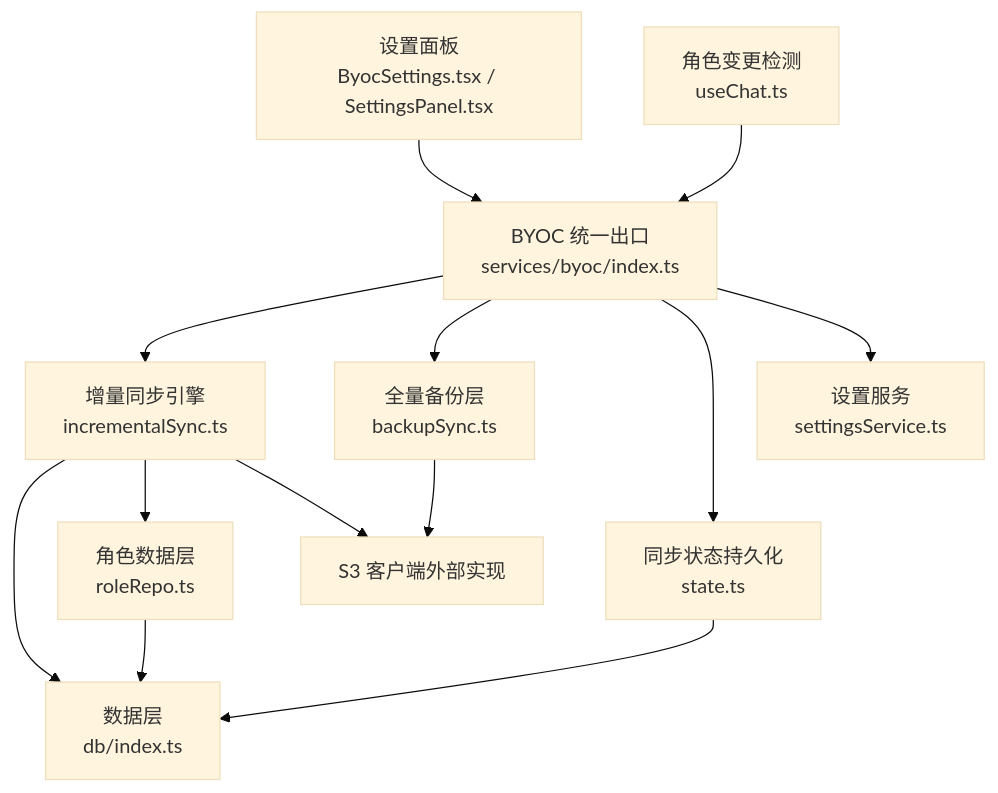
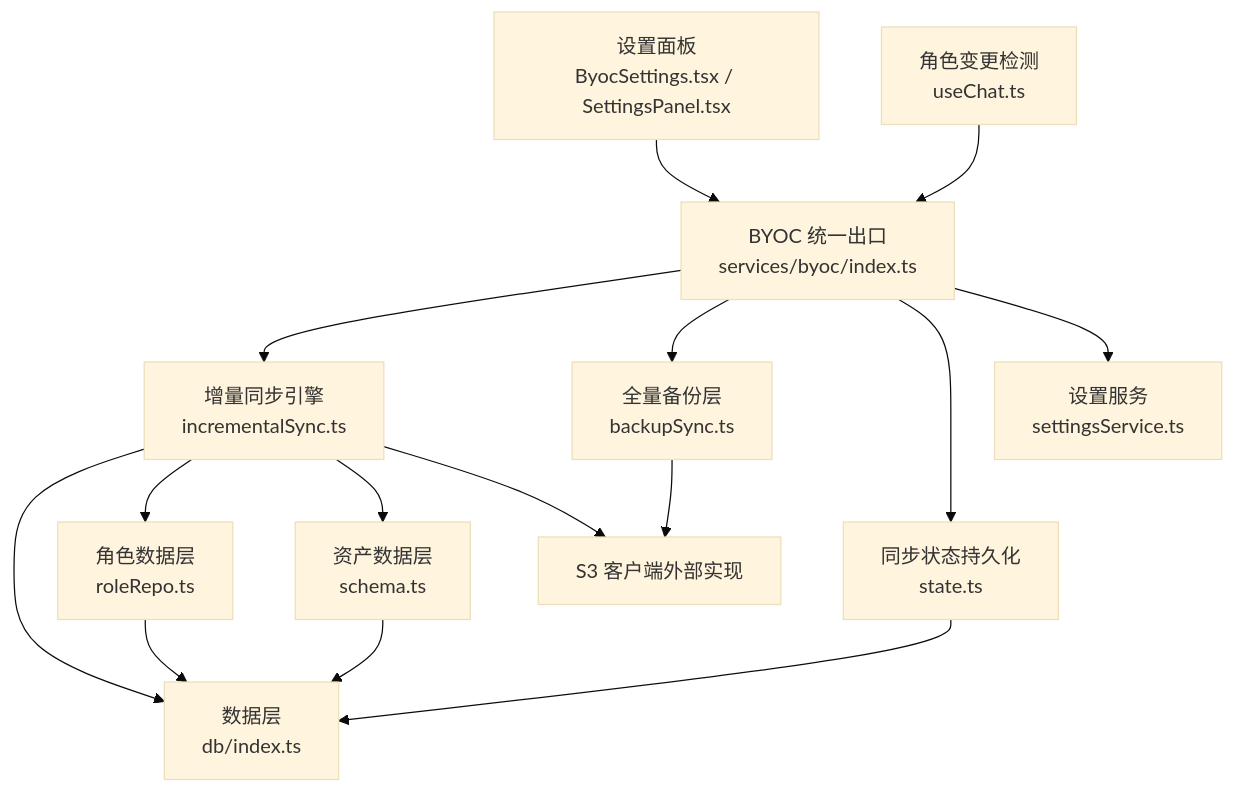
One commit to billye220670/AIShop changed the first of 6 diagrams in .qoder/repowiki/zh/content/数据持久化/BYOC云同步系统.md. Above: the diagram before and after it, drawn with Mermaid (base theme). The commit also changed other lines of this file and 44 other files, not shown here.

First line of the commit message:
feat: 图片全屏查看器手势缩放 + 用户图片直出与库图片预览接入

````diff
--- a/.qoder/repowiki/zh/content/数据持久化/BYOC云同步系统.md
+++ b/.qoder/repowiki/zh/content/数据持久化/BYOC云同步系统.md
@@ -51,15 +54,17 @@
 ```mermaid
 graph TB
 UI["设置面板<br/>ByocSettings.tsx / SettingsPanel.tsx"] --> API["BYOC 统一出口<br/>services/byoc/index.ts"]
 API --> INC["增量同步引擎<br/>incrementalSync.ts"]
 API --> BAK["全量备份层<br/>backupSync.ts"]
 API --> ST["同步状态持久化<br/>state.ts"]
 API --> CFG["设置服务<br/>settingsService.ts"]
 INC --> DB["数据层<br/>db/index.ts"]
 INC --> ROLE["角色数据层<br/>roleRepo.ts"]
+INC --> ASSET["资产数据层<br/>schema.ts"]
 INC --> S3["S3 客户端外部实现"]
 BAK --> S3
 ST --> DB
 ROLE --> DB
+ASSET --> DB
 USECHAT["角色变更检测<br/>useChat.ts"] --> API
 ```
````
